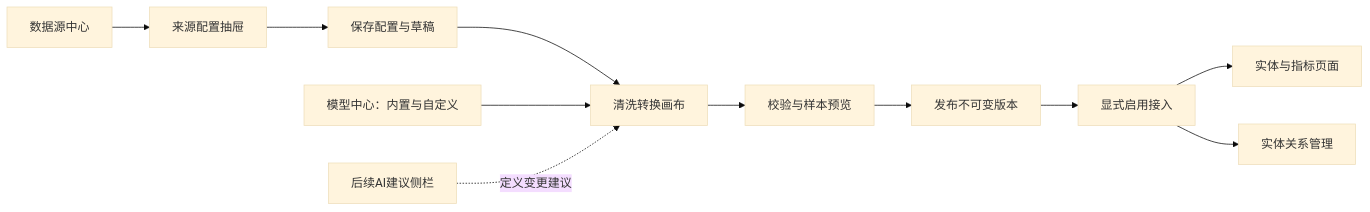
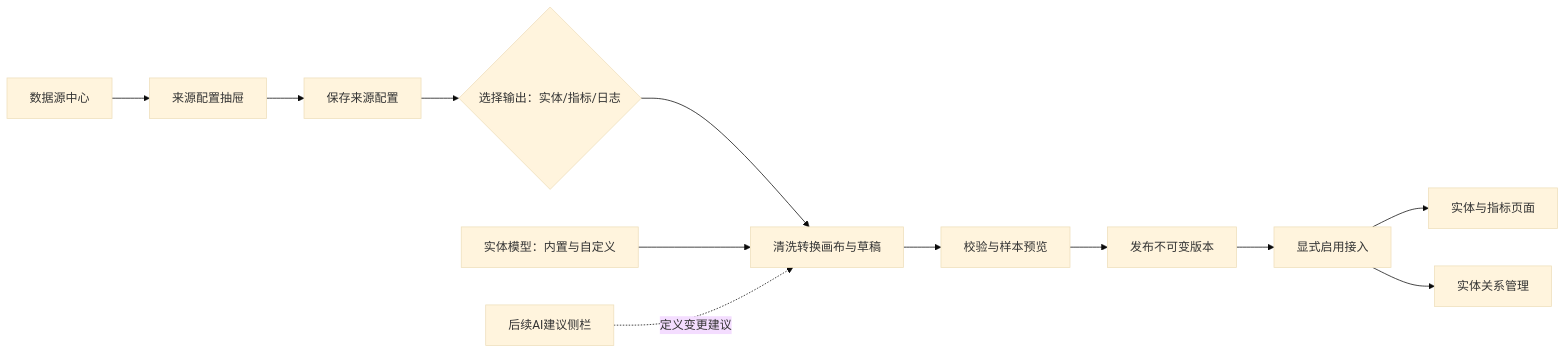
The diagram in docs/architecture/integration-studio.md (baicie/ops-weave), drawn with Mermaid (base theme) before and after one commit. The commit also changed other lines of this file and 1138 other files, not shown here.

```diff
--- a/docs/architecture/integration-studio.md
+++ b/docs/architecture/integration-studio.md
@@ -11,13 +11,14 @@
 ~~~mermaid
 flowchart LR
   A[数据源中心] --> B[来源配置抽屉]
-  B --> C[保存配置与草稿]
-  C --> D[清洗转换画布]
-  M[模型中心：内置与自定义] --> D
+  B --> C[保存来源配置]
+  C --> O{选择输出：实体/指标/日志}
+  O --> D[清洗转换画布与草稿]
+  M[实体模型：内置与自定义] --> D
   D --> P[校验与样本预览]
   P --> V[发布不可变版本]
   V --> E[显式启用接入]
   E --> I[实体与指标页面]
   E --> R[实体关系管理]
   AI[后续AI建议侧栏] -.定义变更建议.-> D
 ~~~
```
